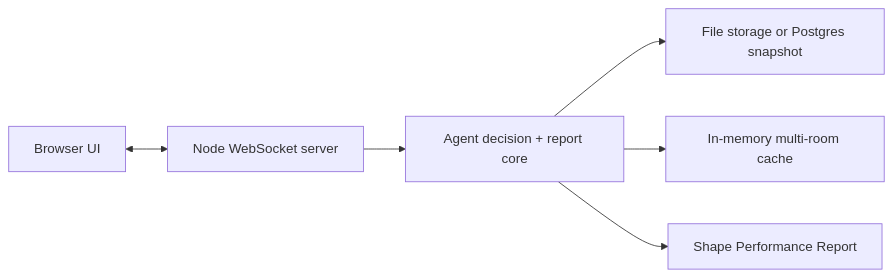
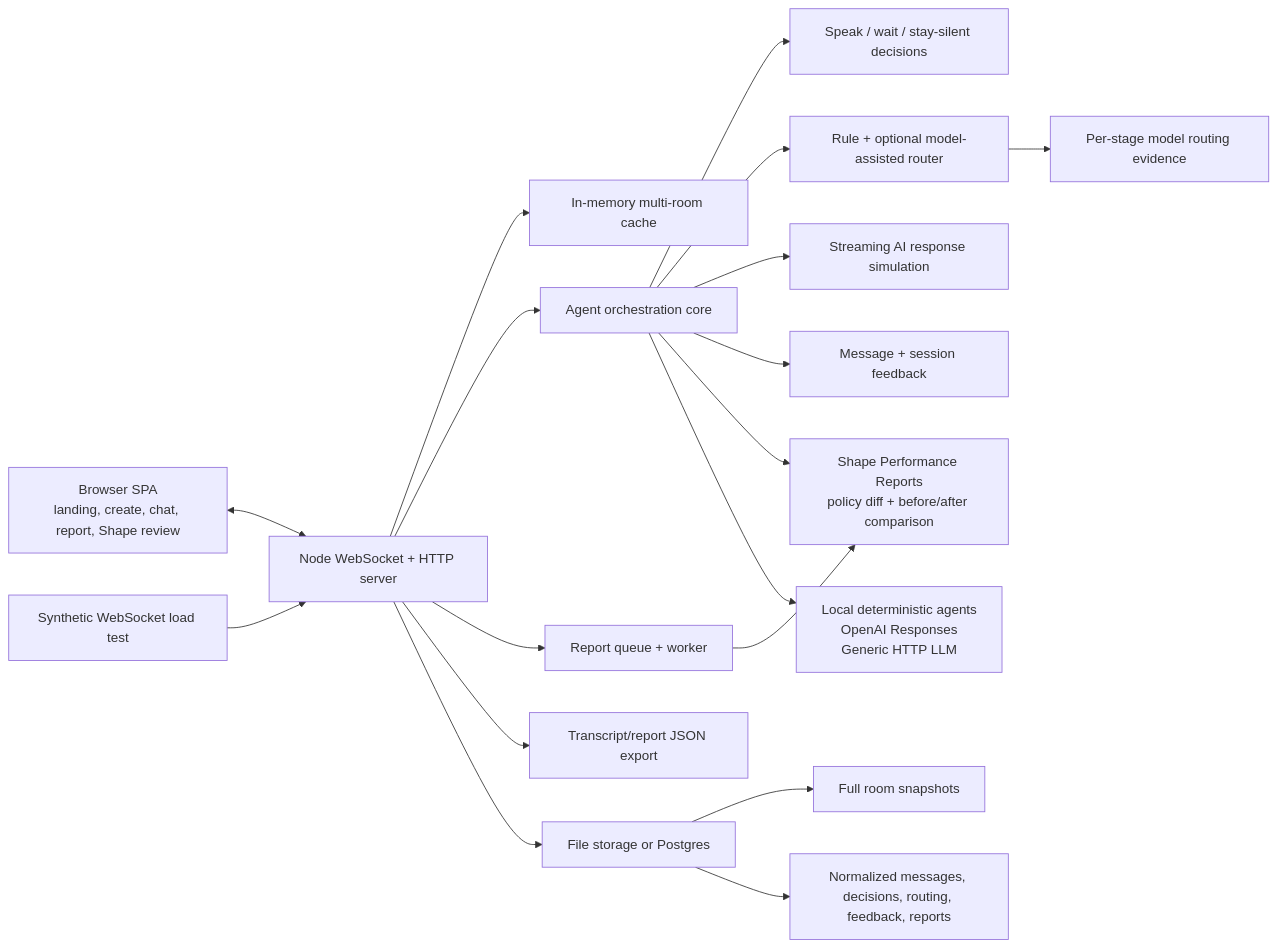
Before and after one commit to nanogram/socialrl-arena: the diagram in README.md, drawn with Mermaid. The commit also changed 1 other file, not shown here.

Commit message:
Expand architecture diagram coverage

````diff
--- a/README.md
+++ b/README.md
@@ -169,8 +169,20 @@
 ```mermaid
 flowchart LR
-  Browser["Browser UI"] <--> WS["Node WebSocket server"]
-  WS --> Core["Agent decision + report core"]
-  Core --> Store["File storage or Postgres snapshot"]
-  Core --> Room["In-memory multi-room cache"]
-  Core --> Report["Shape Performance Report"]
+  Browser["Browser SPA\nlanding, create, chat, report, Shape review"] <--> WS["Node WebSocket + HTTP server"]
+  WS --> Rooms["In-memory multi-room cache"]
+  WS --> Core["Agent orchestration core"]
+  Core --> Decisions["Speak / wait / stay-silent decisions"]
+  Core --> Router["Rule + optional model-assisted router"]
+  Router --> ModelPlan["Per-stage model routing evidence"]
+  Core --> Stream["Streaming AI response simulation"]
+  Core --> Feedback["Message + session feedback"]
+  Core --> Reports["Shape Performance Reports\npolicy diff + before/after comparison"]
+  WS --> Queue["Report queue + worker"]
+  Queue --> Reports
+  WS --> Export["Transcript/report JSON export"]
+  WS --> Store["File storage or Postgres"]
+  Store --> Snapshot["Full room snapshots"]
+  Store --> Tables["Normalized messages, decisions, routing, feedback, reports"]
+  Core --> Providers["Local deterministic agents\nOpenAI Responses\nGeneric HTTP LLM"]
+  Load["Synthetic WebSocket load test"] --> WS
 ```
````
